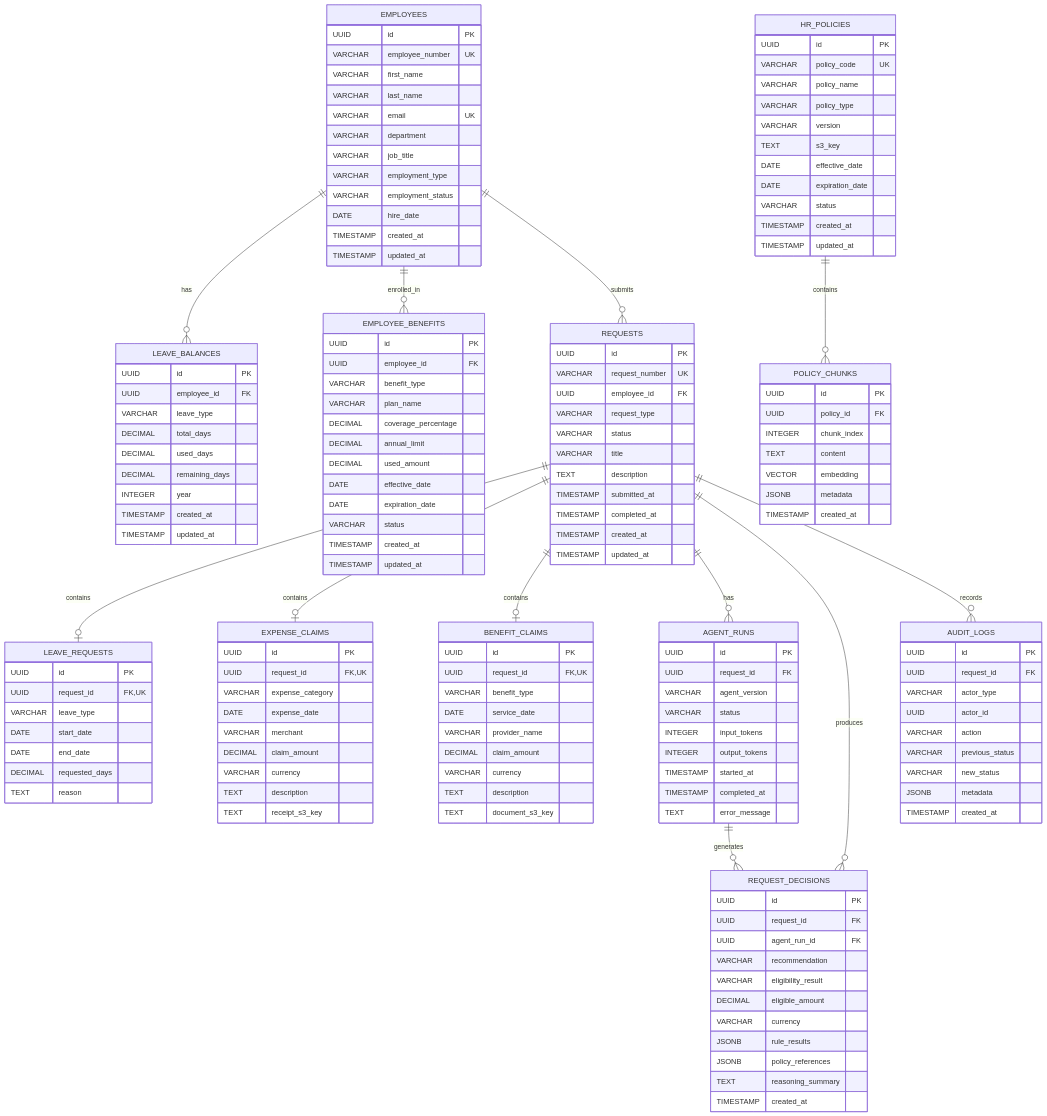
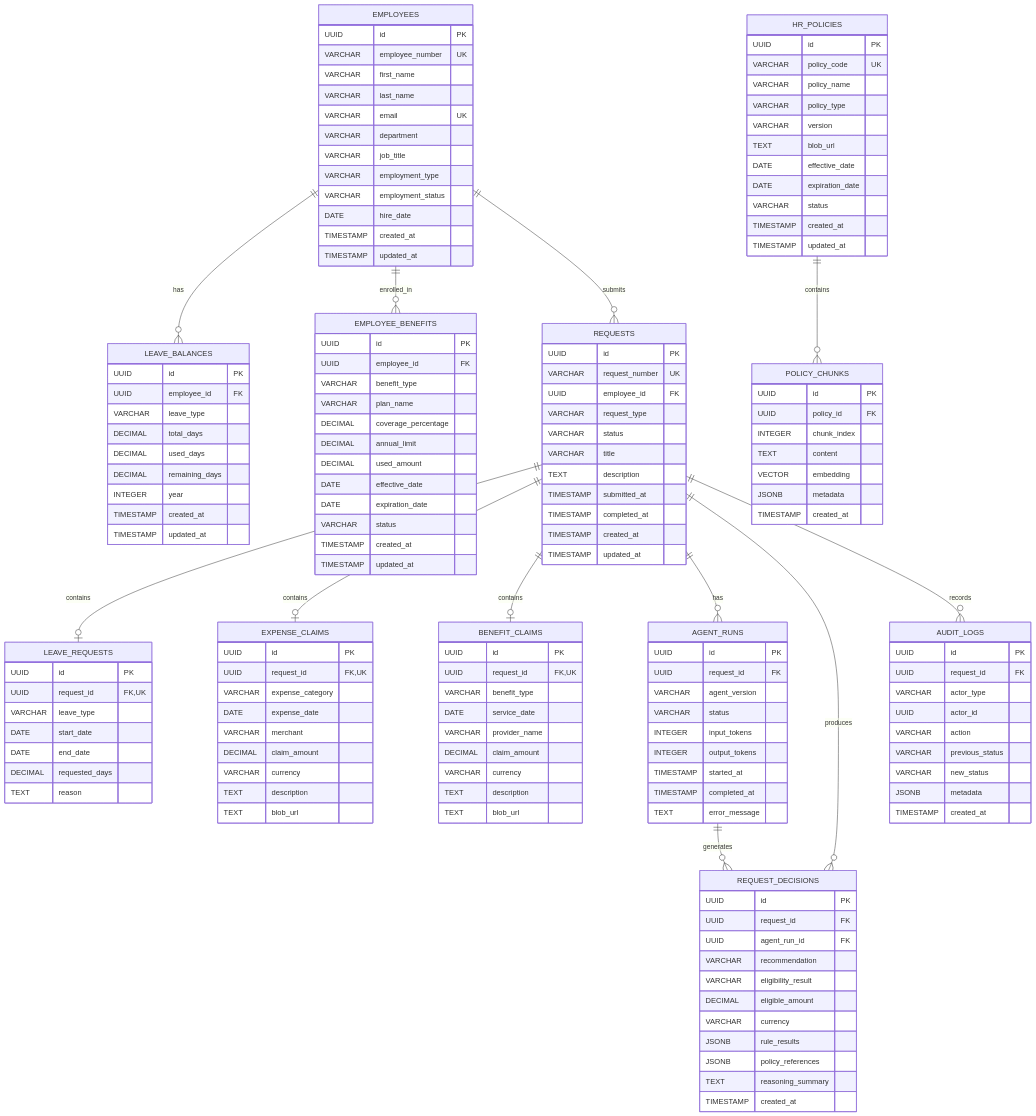
Before and after one commit to xTorch8/intelligent-hr-request-agent: the diagram in README.md, drawn with Mermaid. The commit also changed 3 other files, not shown here.

```diff
--- a/README.md
+++ b/README.md
@@ -134,7 +134,7 @@
         VARCHAR policy_name
         VARCHAR policy_type
         VARCHAR version
-        TEXT s3_key
+        TEXT blob_url
         DATE effective_date
         DATE expiration_date
         VARCHAR status
@@ -185,7 +185,7 @@
         DECIMAL claim_amount
         VARCHAR currency
         TEXT description
-        TEXT receipt_s3_key
+        TEXT blob_url
     }
 
     BENEFIT_CLAIMS {
@@ -197,7 +197,7 @@
         DECIMAL claim_amount
         VARCHAR currency
         TEXT description
-        TEXT document_s3_key
+        TEXT blob_url
     }
 
     AGENT_RUNS {
```
